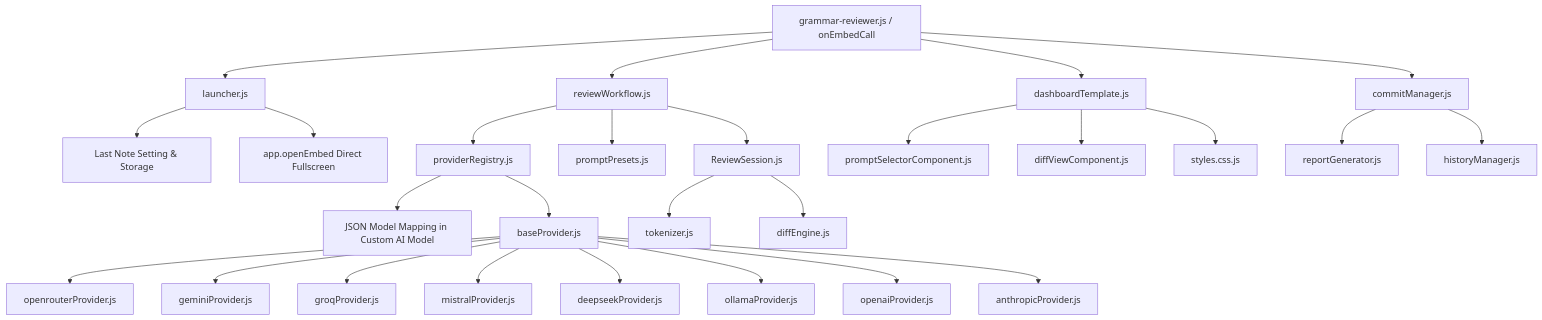
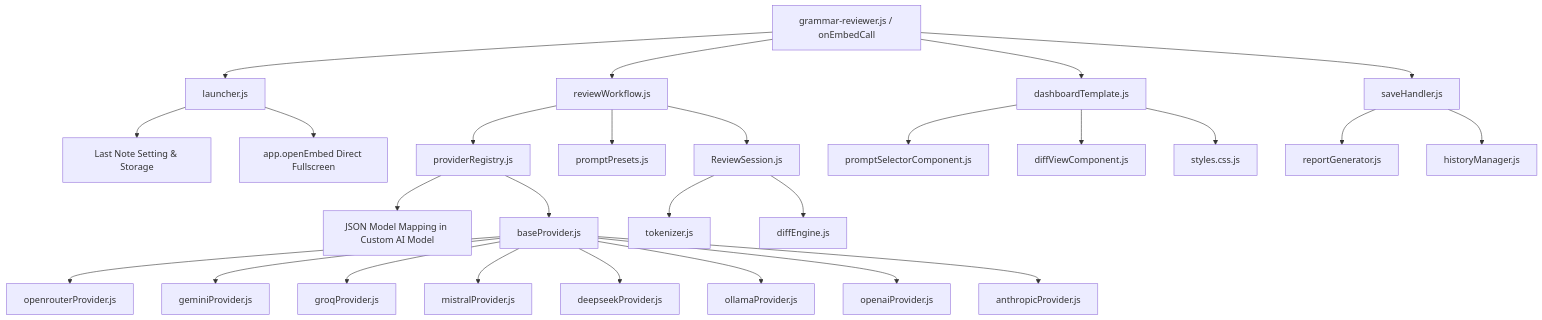
The diagram in CODE_DOCUMENTATION.md (krishnakanthb13/anp-23-grammar-reviewer), drawn with Mermaid before and after one commit. The commit also changed other lines of this file and 14 other files, not shown here.

````diff
--- a/CODE_DOCUMENTATION.md
+++ b/CODE_DOCUMENTATION.md
@@ -7,35 +7,35 @@
 ```mermaid
 graph TD
     Entry[grammar-reviewer.js / onEmbedCall] --> Launcher[launcher.js]
     Entry --> ReviewWorkflow[reviewWorkflow.js]
-    Entry --> CommitManager[commitManager.js]
+    Entry --> CommitManager[saveHandler.js]
     
     Launcher --> NoteMemory[Last Note Setting & Storage]
     Launcher --> DirectEmbed[app.openEmbed Direct Fullscreen]
     
     ReviewWorkflow --> Session[ReviewSession.js]
     ReviewWorkflow --> PromptPresets[promptPresets.js]
     ReviewWorkflow --> ProviderRegistry[providerRegistry.js]
     
     ProviderRegistry --> PerProviderModelMap[JSON Model Mapping in Custom AI Model]
     ProviderRegistry --> BaseProvider[baseProvider.js]
     BaseProvider --> OpenRouter[openrouterProvider.js]
     BaseProvider --> Gemini[geminiProvider.js]
     BaseProvider --> Groq[groqProvider.js]
     BaseProvider --> Mistral[mistralProvider.js]
     BaseProvider --> DeepSeek[deepseekProvider.js]
     BaseProvider --> Ollama[ollamaProvider.js]
     BaseProvider --> OpenAI[openaiProvider.js]
     BaseProvider --> Anthropic[anthropicProvider.js]
     
     Session --> Tokenizer[tokenizer.js]
     Session --> DiffEngine[diffEngine.js]
     
     Entry --> Dashboard[dashboardTemplate.js]
     Dashboard --> SidebarPanel[promptSelectorComponent.js]
     Dashboard --> DiffCard[diffViewComponent.js]
     Dashboard --> Styles[styles.css.js]
     
     CommitManager --> ReportGen[reportGenerator.js]
     CommitManager --> HistoryMgr[historyManager.js]
 ```
````
